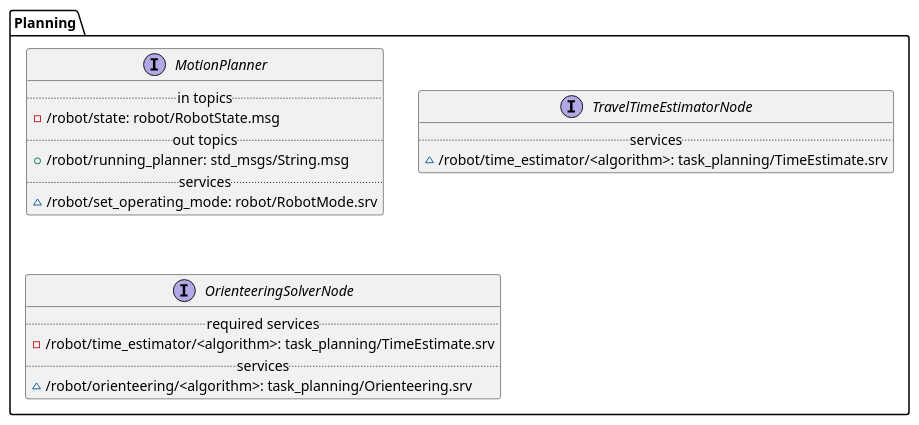
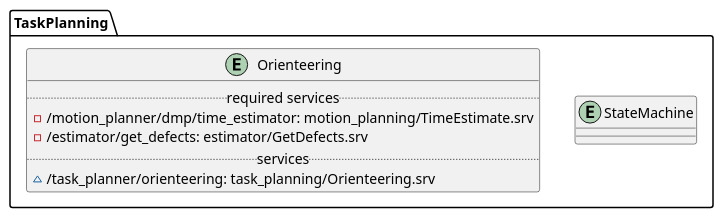
One commit to magician-project/magician-project changed the fourth of 7 diagrams in framework.md. Above: the diagram before and after it, drawn with PlantUML. The commit also changed other lines of this file, not shown here.

````diff
--- a/framework.md
+++ b/framework.md
@@ -252,28 +180,19 @@
 ```{plantuml}
 :width: 700px
 @startuml
-package Planning {
-  interface MotionPlanner {
-    .. in topics ..
-    - /robot/state: robot/RobotState.msg
-    .. out topics ..
-    + /robot/running_planner: std_msgs/String.msg
-    .. services ..
-    ~ /robot/set_operating_mode: robot/RobotMode.srv
+package TaskPlanning {
+
+  entity StateMachine {
   }
 
-  interface TravelTimeEstimatorNode {
+  entity Orienteering {
+    .. required services ..
+    - /motion_planner/dmp/time_estimator: motion_planning/TimeEstimate.srv
+    - /estimator/get_defects: estimator/GetDefects.srv
     .. services ..
-    ~ /robot/time_estimator/<algorithm>: task_planning/TimeEstimate.srv
+    ~ /task_planner/orienteering: task_planning/Orienteering.srv
   }
-
-  interface OrienteeringSolverNode {
-    .. required services ..
-    - /robot/time_estimator/<algorithm>: task_planning/TimeEstimate.srv
-    .. services ..
-    ~ /robot/orienteering/<algorithm>: task_planning/Orienteering.srv
-  }
-
+  
 }
 @enduml
 ```
````
